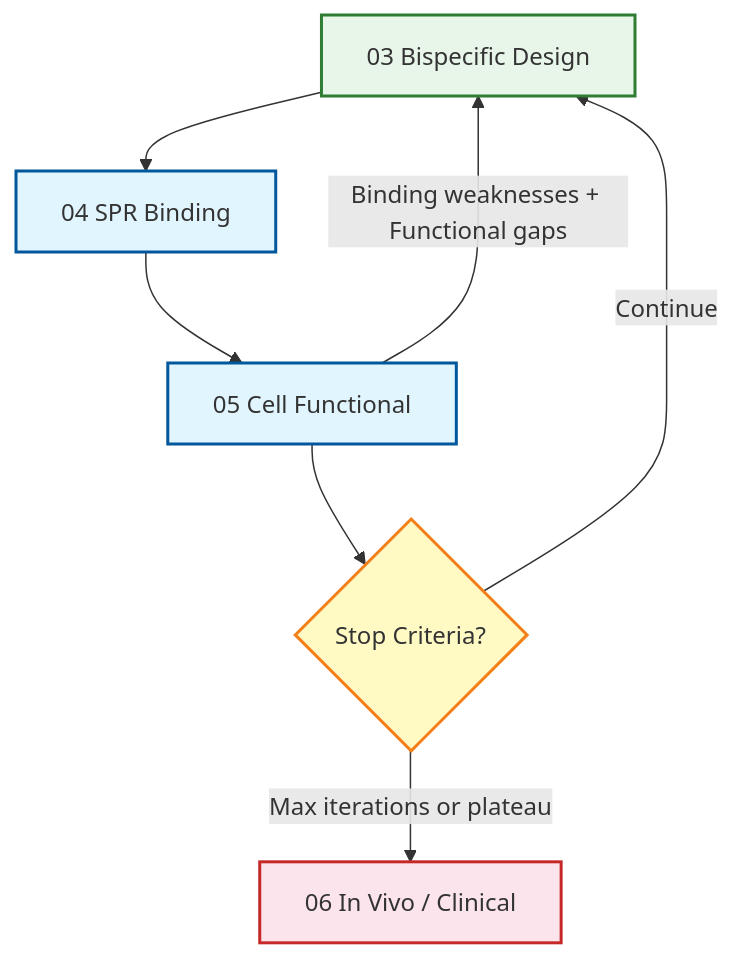
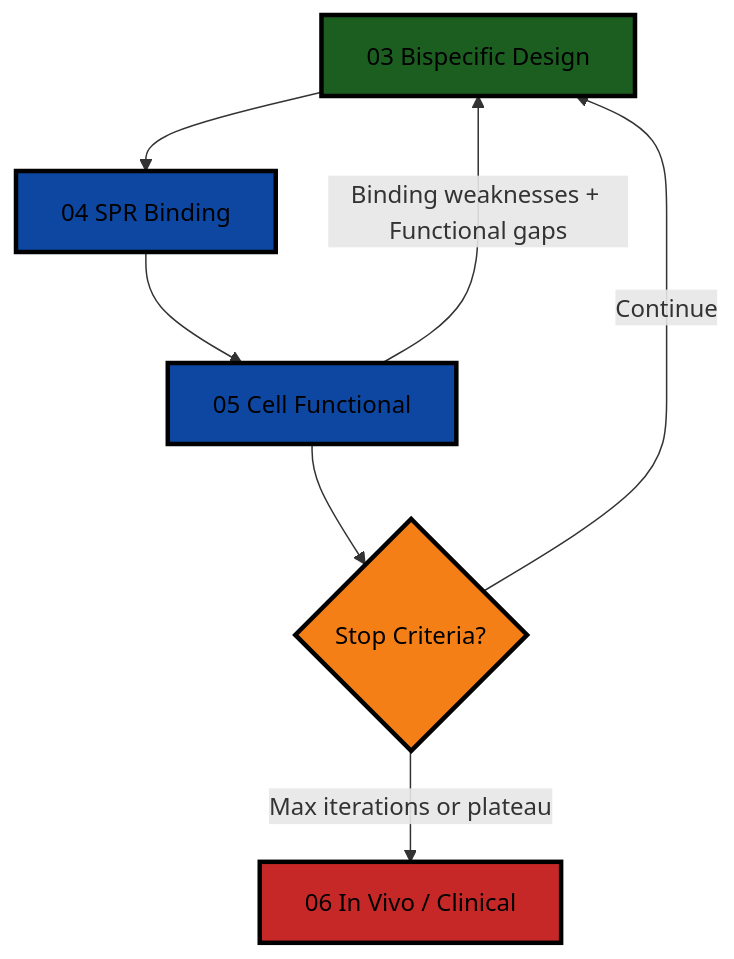
One commit to peterydkim/drug-discovery-bispecific-agents changed the second of 3 diagrams in README.md. Above: the diagram before and after it, drawn with Mermaid. The commit also changed other lines of this file, not shown here.

Commit message:
Update Mermaid colors: darker fills, black text throughout

````diff
--- a/README.md
+++ b/README.md
@@ -58,18 +58,18 @@
 ```mermaid
 flowchart TD
     A["03 Bispecific Design"] --> B["04 SPR Binding"]
     B --> C["05 Cell Functional"]
     C -->|"Binding weaknesses + Functional gaps"| A
     C --> D{"Stop Criteria?"}
     D -->|"Max iterations or plateau"| E["06 In Vivo / Clinical"]
     D -->|"Continue"| A
 
-    classDef design fill:#e8f5e9,stroke:#2e7d32,stroke-width:2px
-    classDef data fill:#e1f5fe,stroke:#01579b,stroke-width:2px
-    classDef decision fill:#fff9c4,stroke:#f57f17,stroke-width:2px
-    classDef final fill:#fce4ec,stroke:#c62828,stroke-width:2px
+    classDef design fill:#1B5E20,stroke:#000000,stroke-width:3px,color:#000000
+    classDef data fill:#0D47A1,stroke:#000000,stroke-width:3px,color:#000000
+    classDef decision fill:#F57F17,stroke:#000000,stroke-width:3px,color:#000000
+    classDef final fill:#C62828,stroke:#000000,stroke-width:3px,color:#000000
     class A design
     class B,C data
     class D decision
     class E final
 ```
````
